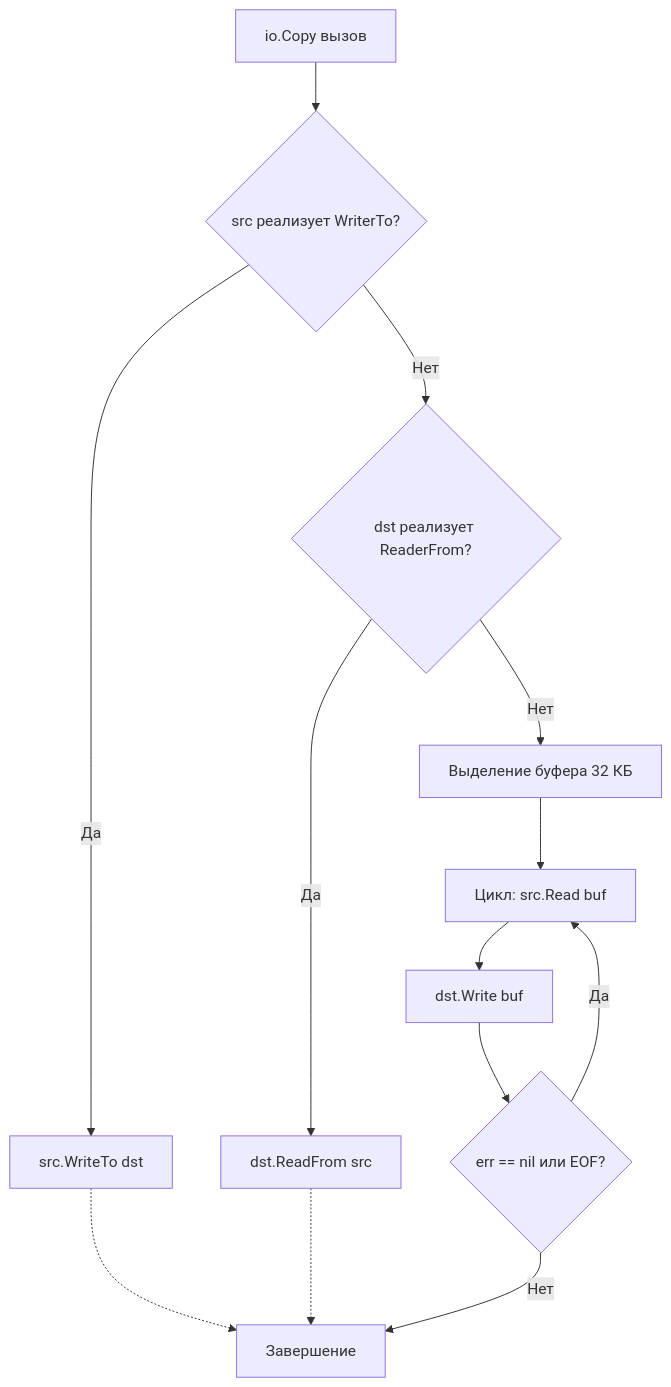
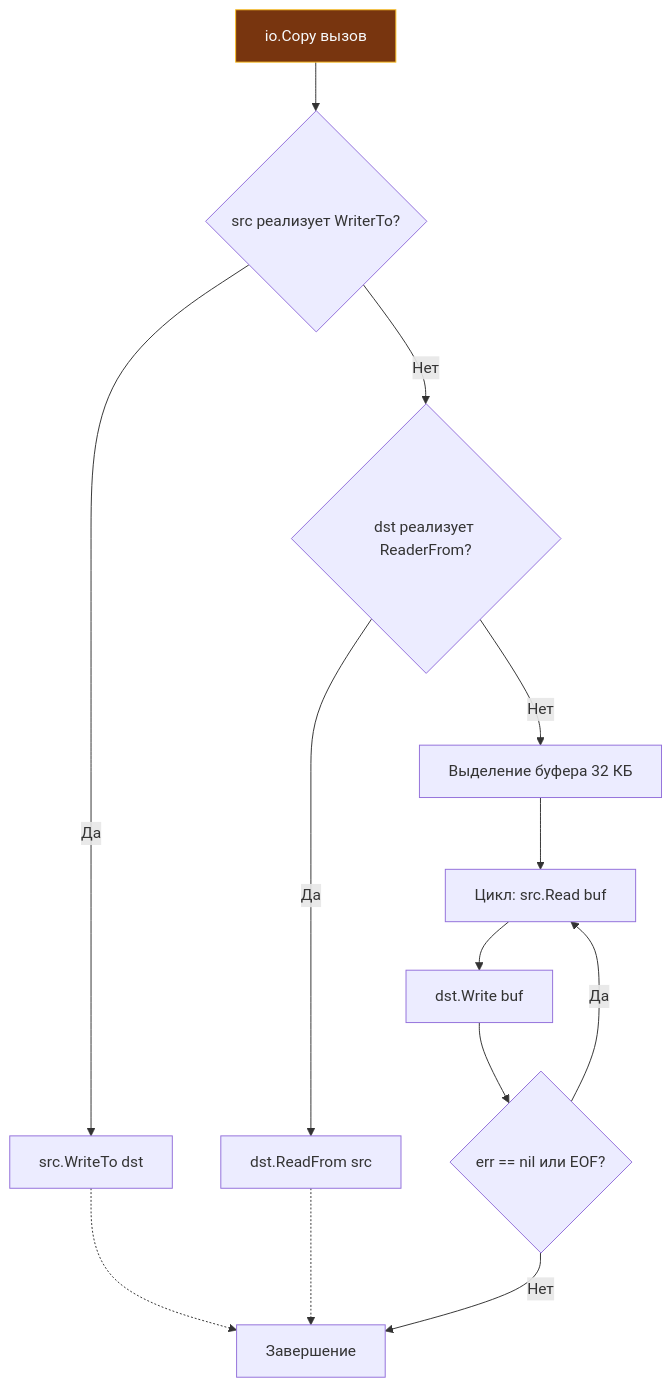
The first of 3 diagrams in sources/6. Стандартная библиотека Go/4. io. Reader, Writer и философия потоков в Go.md (UnrealTemplier/go-textbook), drawn with Mermaid before and after one commit. The commit also changed other lines of this file and 1666 other files, not shown here.

First line of the commit message:
feat(mermaid): add semantic color classDef to 1369 colorless flowchart/graph diagrams

````diff
--- a/sources/6. Стандартная библиотека Go/4. io. Reader, Writer и философия потоков в Go.md
+++ b/sources/6. Стандартная библиотека Go/4. io. Reader, Writer и философия потоков в Go.md
@@ -46,16 +46,26 @@
 ```mermaid
 flowchart TD
-    A["io.Copy вызов"] --> B{"src реализует WriterTo?"}
+    classDef process  fill:#1e293b,stroke:#38bdf8,stroke-width:1px,color:#f8fafc
+    classDef success  fill:#064e3b,stroke:#34d399,stroke-width:1px,color:#f8fafc
+    classDef error    fill:#7f1d1d,stroke:#f87171,stroke-width:1px,color:#f8fafc
+    classDef warning  fill:#78350f,stroke:#fbbf24,stroke-width:1px,color:#f8fafc
+    classDef entry    fill:#1e3a5f,stroke:#38bdf8,stroke-width:2px,color:#f8fafc
+    classDef aux      fill:#334155,stroke:#64748b,stroke-width:1px,color:#f8fafc
+    classDef system   fill:#312e81,stroke:#a78bfa,stroke-width:1px,color:#f8fafc
+    classDef data     fill:#132d29,stroke:#2dd4bf,stroke-width:1px,color:#f8fafc
+    classDef network  fill:#881337,stroke:#fb7185,stroke-width:1px,color:#f8fafc
+    classDef accent   fill:#1e1b4b,stroke:#818cf8,stroke-width:1px,color:#f8fafc
+    A["io.Copy вызов"]:::warning --> B{"src реализует WriterTo?"}
     B -->|Да| C["src.WriteTo dst"]
     B -->|Нет| D{"dst реализует ReaderFrom?"}
     D -->|Да| E["dst.ReadFrom src"]
     D -->|Нет| F["Выделение буфера 32 КБ"]
     F --> G["Цикл: src.Read buf"]
     G --> H["dst.Write buf"]
     H --> I{"err == nil или EOF?"}
     I -->|Да| G
     I -->|Нет| J["Завершение"]
     
     C -.-> J
     E -.-> J
 ```
````
